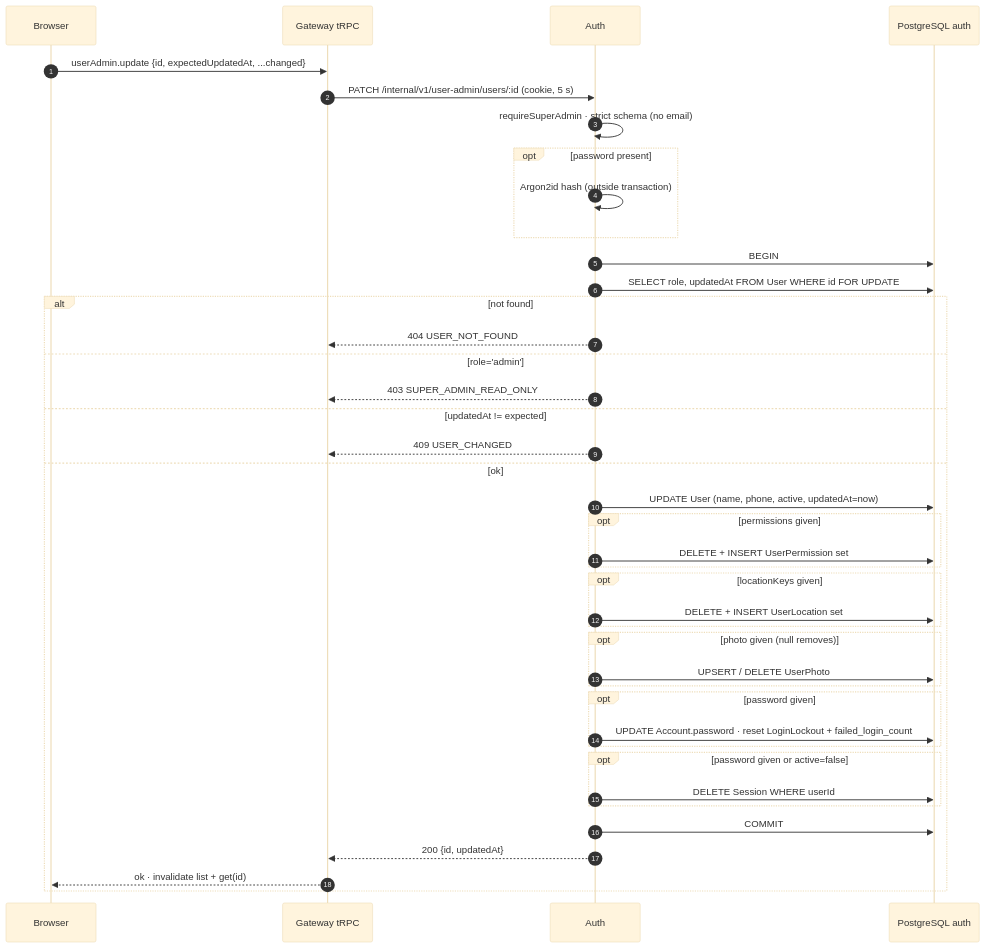
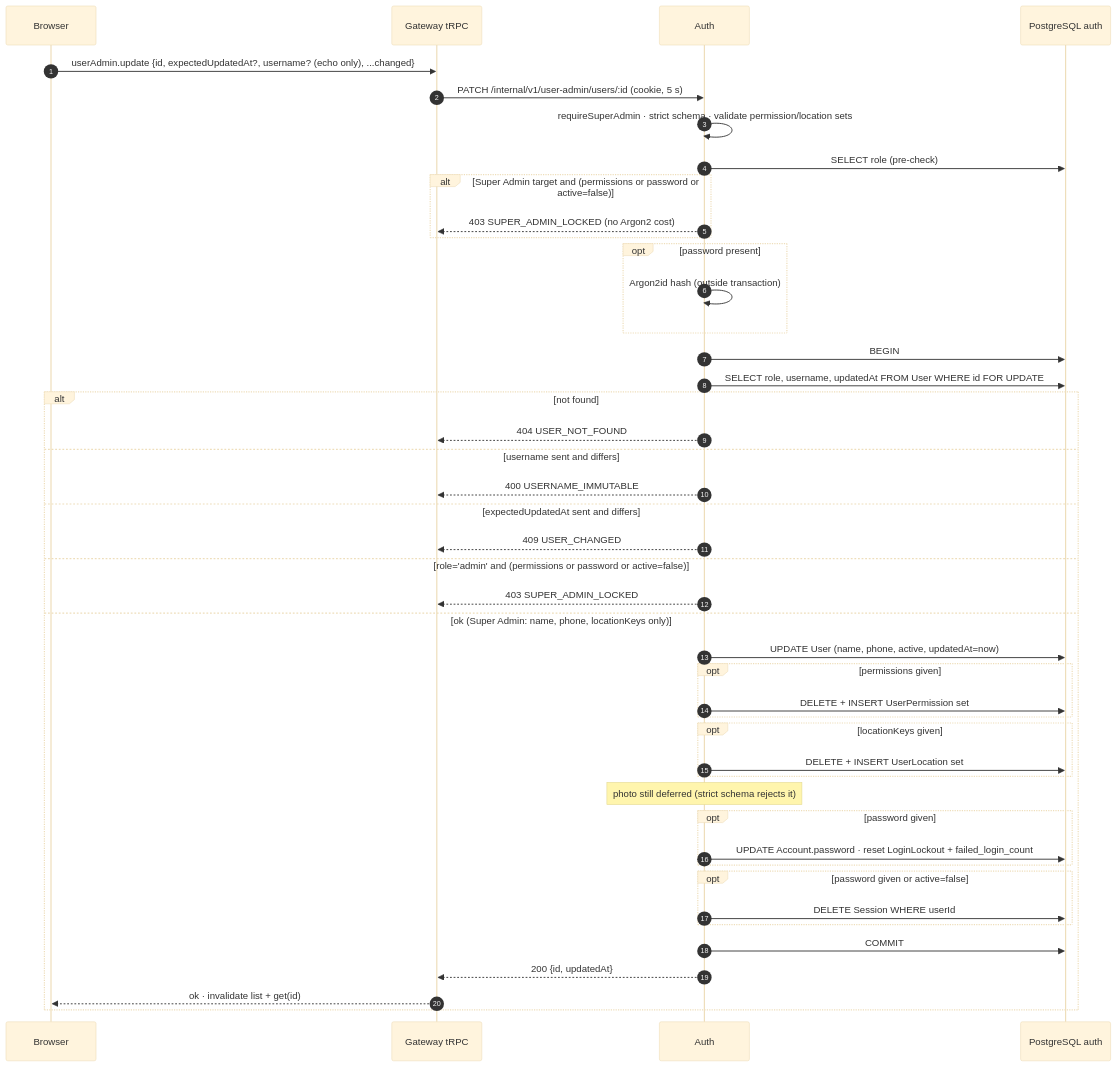
Before and after one commit to jeweal-pm/gms-system-monorepo: the third of 7 diagrams in document/apps/backend/auth/user-permission/sequence-diagram.md, drawn with Mermaid (base theme). The commit also changed other lines of this file and 65 other files, not shown here.

Commit message:
feat: update-user-permission

````diff
--- a/document/apps/backend/auth/user-permission/sequence-diagram.md
+++ b/document/apps/backend/auth/user-permission/sequence-diagram.md
@@ -93,43 +93,47 @@
 ```mermaid
 sequenceDiagram
     autonumber
     participant B as Browser
     participant G as Gateway tRPC
     participant A as Auth
     participant DB as PostgreSQL auth
-    B->>G: userAdmin.update {id, expectedUpdatedAt, ...changed}
+    B->>G: userAdmin.update {id, expectedUpdatedAt?, username? (echo only), ...changed}
     G->>A: PATCH /internal/v1/user-admin/users/:id (cookie, 5 s)
-    A->>A: requireSuperAdmin · strict schema (no email)
+    A->>A: requireSuperAdmin · strict schema · validate permission/location sets
+    A->>DB: SELECT role (pre-check)
+    alt Super Admin target and (permissions or password or active=false)
+        A-->>G: 403 SUPER_ADMIN_LOCKED (no Argon2 cost)
+    end
     opt password present
         A->>A: Argon2id hash (outside transaction)
     end
     A->>DB: BEGIN
-    A->>DB: SELECT role, updatedAt FROM User WHERE id FOR UPDATE
+    A->>DB: SELECT role, username, updatedAt FROM User WHERE id FOR UPDATE
     alt not found
         A-->>G: 404 USER_NOT_FOUND
-    else role='admin'
-        A-->>G: 403 SUPER_ADMIN_READ_ONLY
-    else updatedAt != expected
+    else username sent and differs
+        A-->>G: 400 USERNAME_IMMUTABLE
+    else expectedUpdatedAt sent and differs
         A-->>G: 409 USER_CHANGED
-    else ok
+    else role='admin' and (permissions or password or active=false)
+        A-->>G: 403 SUPER_ADMIN_LOCKED
+    else ok (Super Admin: name, phone, locationKeys only)
         A->>DB: UPDATE User (name, phone, active, updatedAt=now)
         opt permissions given
             A->>DB: DELETE + INSERT UserPermission set
         end
         opt locationKeys given
             A->>DB: DELETE + INSERT UserLocation set
         end
-        opt photo given (null removes)
-            A->>DB: UPSERT / DELETE UserPhoto
-        end
+        Note over A: photo still deferred (strict schema rejects it)
         opt password given
             A->>DB: UPDATE Account.password · reset LoginLockout + failed_login_count
         end
         opt password given or active=false
             A->>DB: DELETE Session WHERE userId
         end
         A->>DB: COMMIT
         A-->>G: 200 {id, updatedAt}
         G-->>B: ok · invalidate list + get(id)
     end
 ```
````
